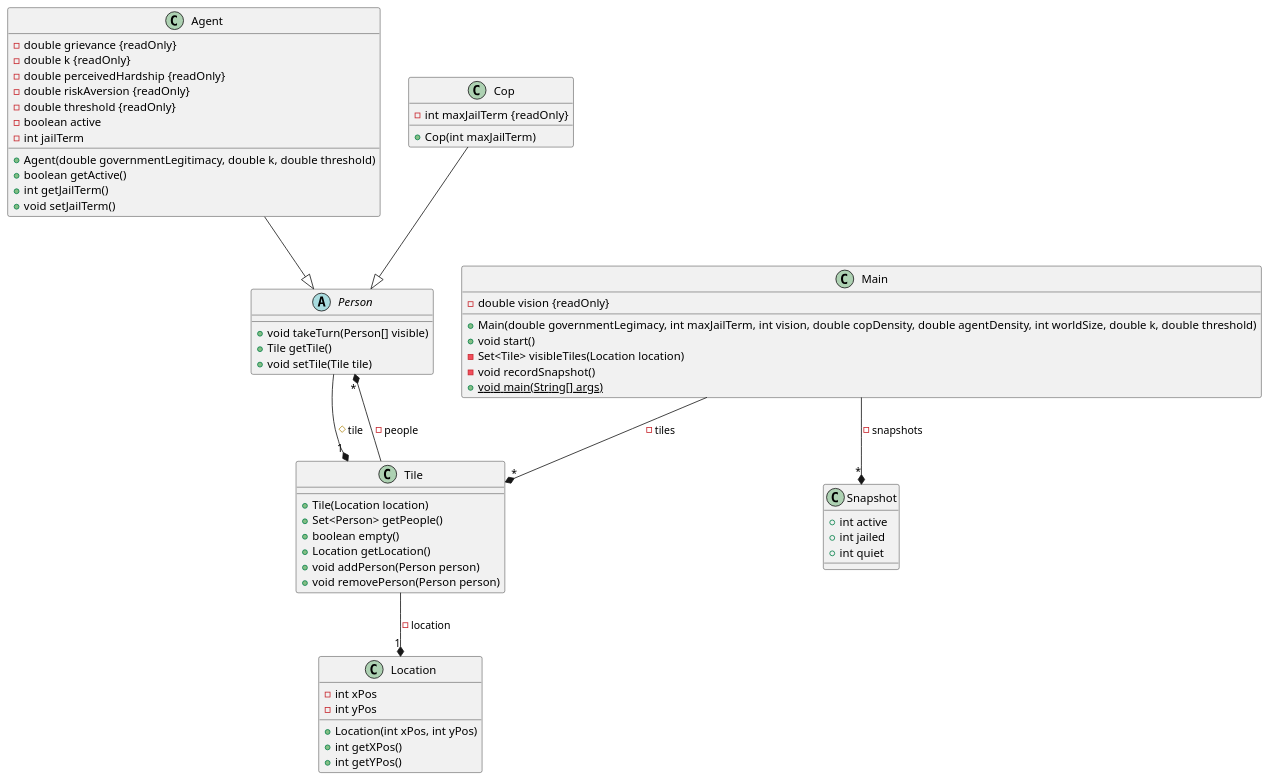
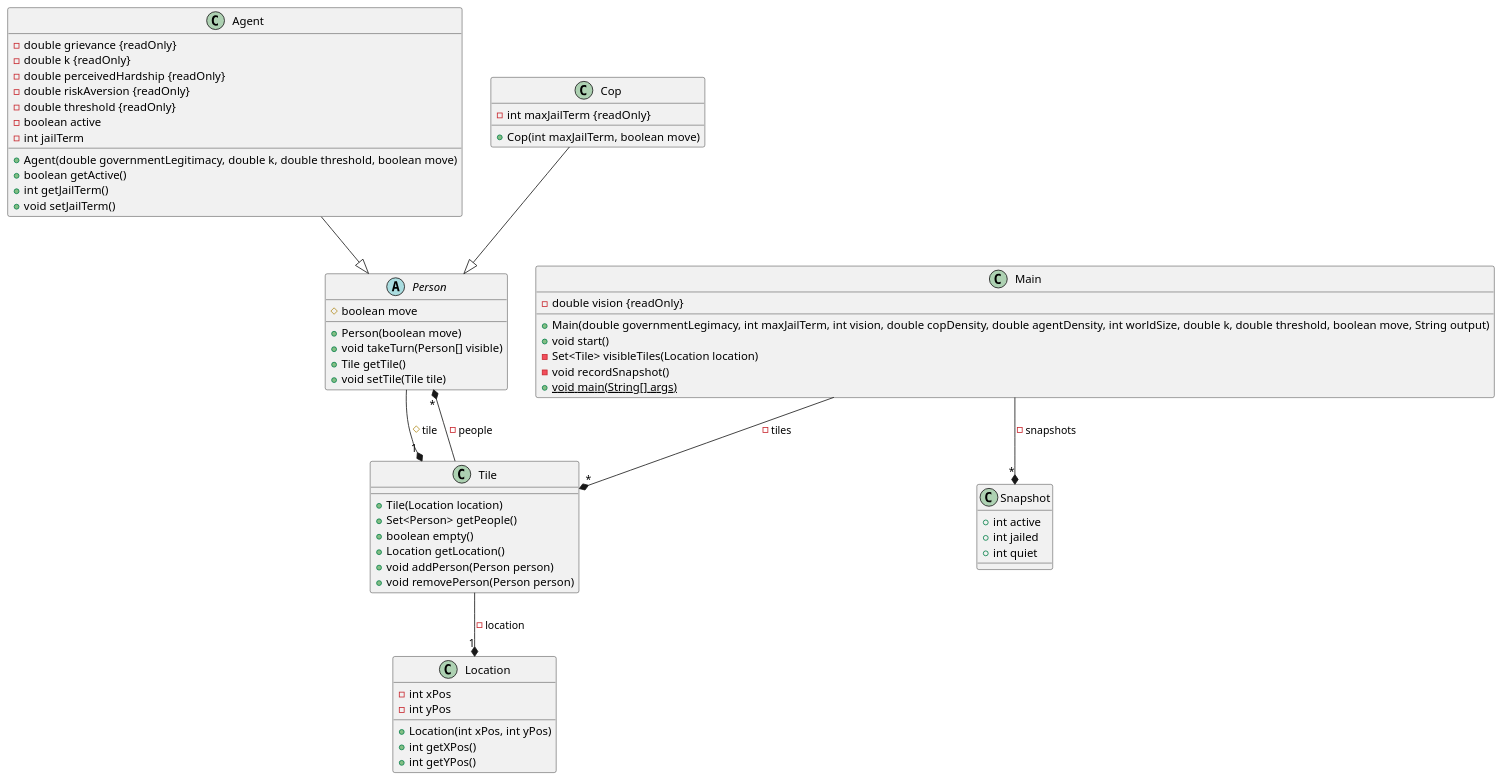
The diagram in docs/classes.puml (jofrancis1997/rebellion), drawn with PlantUML before and after one commit. The commit also changed 4 other files, not shown here.

```diff
--- a/docs/classes.puml
+++ b/docs/classes.puml
@@ -1,69 +1,71 @@
 @startuml Rebellion
 
 class Agent {
     - double grievance {readOnly}
     - double k {readOnly}
     - double perceivedHardship {readOnly}
     - double riskAversion {readOnly}
     - double threshold {readOnly}
     - boolean active
     - int jailTerm
-    + Agent(double governmentLegitimacy, double k, double threshold)
+    + Agent(double governmentLegitimacy, double k, double threshold, boolean move)
     + boolean getActive()
     + int getJailTerm()
     + void setJailTerm()
 }
 
 class Cop {
     - int maxJailTerm {readOnly}
-    + Cop(int maxJailTerm)
+    + Cop(int maxJailTerm, boolean move)
 }
 
 class Location {
     - int xPos
     - int yPos
     + Location(int xPos, int yPos)
     + int getXPos()
     + int getYPos()
 }
 
 class Main {
     - double vision {readOnly}
-    + Main(double governmentLegimacy, int maxJailTerm, int vision, double copDensity, double agentDensity, int worldSize, double k, double threshold)
+    + Main(double governmentLegimacy, int maxJailTerm, int vision, double copDensity, double agentDensity, int worldSize, double k, double threshold, boolean move, String output)
     + void start()
     - Set<Tile> visibleTiles(Location location)
     - void recordSnapshot()
     + void main(String[] args) {static}
 }
 
 abstract class Person {
+    # boolean move
+    + Person(boolean move)
     + void takeTurn(Person[] visible)
     + Tile getTile()
     + void setTile(Tile tile)
 }
 
 class Snapshot {
     + int active
     + int jailed
     + int quiet
 }
 
 class Tile {
     + Tile(Location location)
     + Set<Person> getPeople()
     + boolean empty()
     + Location getLocation()
     + void addPerson(Person person)
     + void removePerson(Person person)
 }
 
 
 Main --* "*" Tile : - tiles
 Main --* "*" Snapshot : - snapshots
 Agent --|> Person
 Cop --|> Person
 Tile --* "*" Person : - people
 Person --* "1" Tile : # tile
 Tile --* "1" Location : - location
 
 @enduml
```
